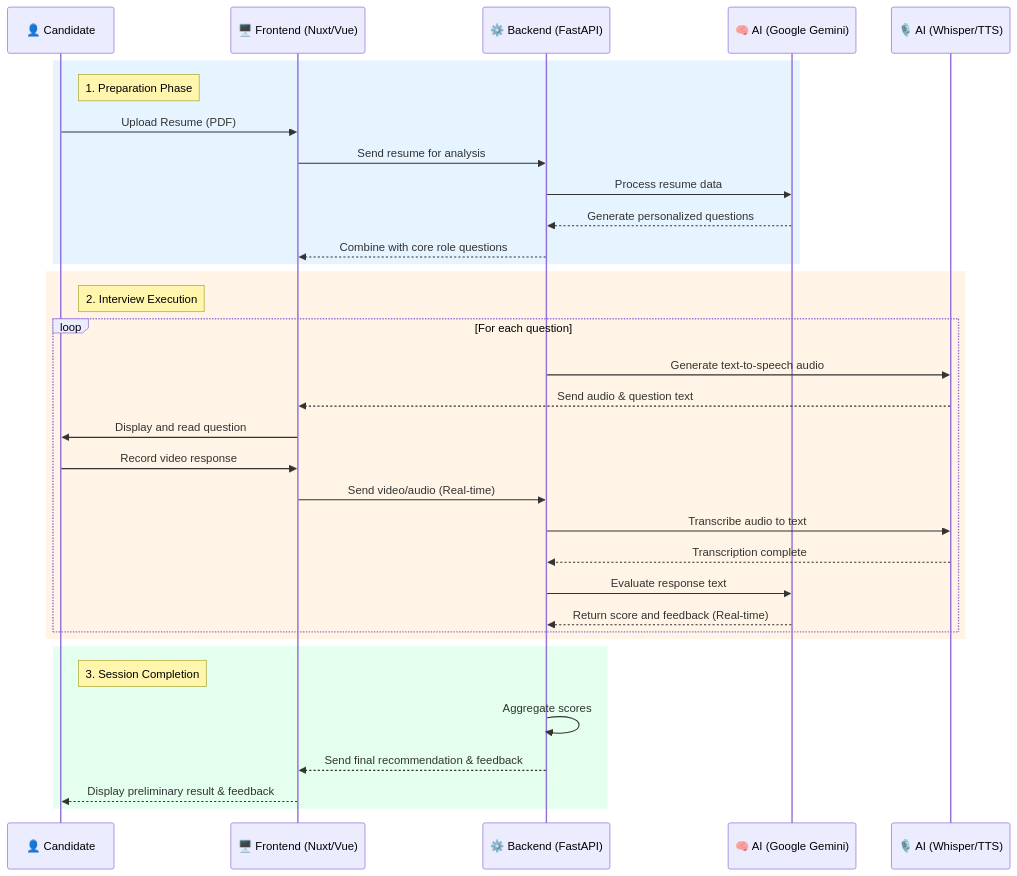
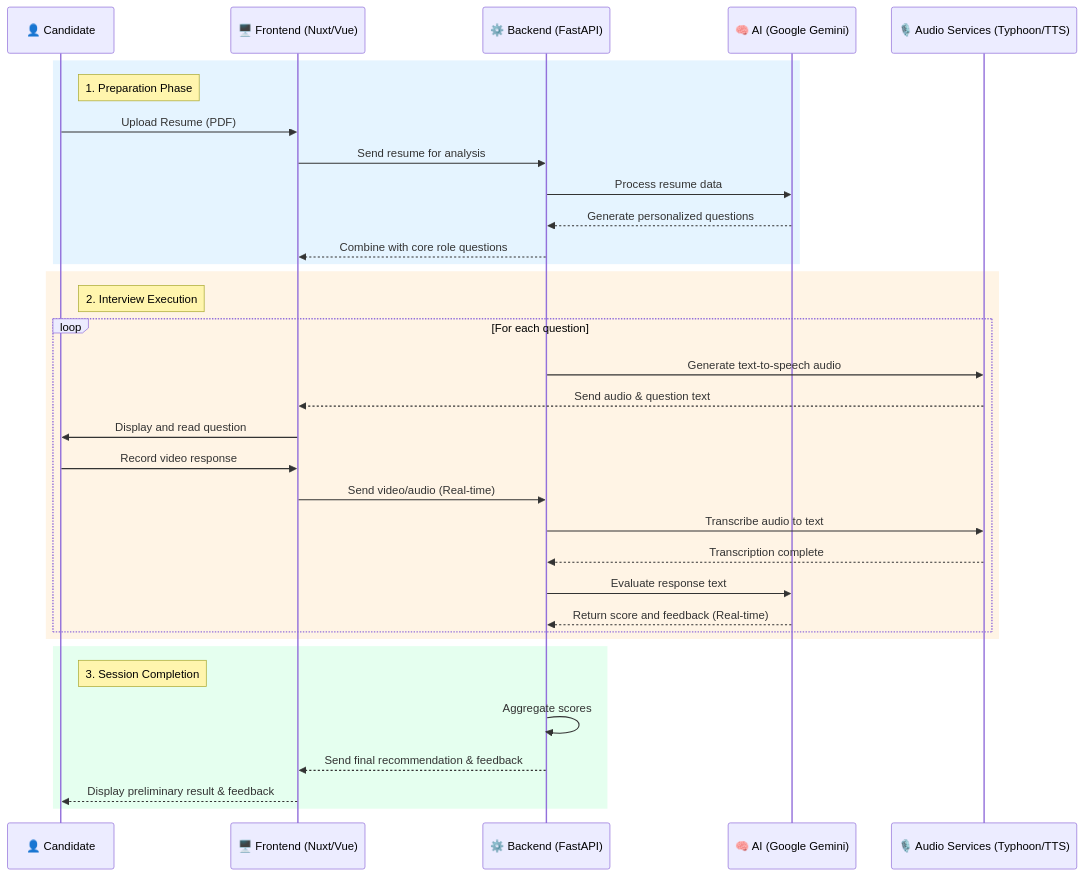
One commit to folknawatt/ai-interview changed the diagram in README.md. Above: the diagram before and after it, drawn with Mermaid. The commit also changed other lines of this file and 2 other files, not shown here.

Commit message:
Change Whisper to be  Typhoon and Vachana

````diff
--- a/README.md
+++ b/README.md
@@ -63,42 +63,42 @@
 ```mermaid
 sequenceDiagram
     participant Candidate as 👤 Candidate
     participant Frontend as 🖥️ Frontend (Nuxt/Vue)
     participant Backend as ⚙️ Backend (FastAPI)
     participant AI_Gemini as 🧠 AI (Google Gemini)
-    participant AI_Whisper as 🎙️ AI (Whisper/TTS)
+    participant AI_Audio as 🎙️ Audio Services (Typhoon/TTS)
 
     %% 1. Preparation Phase
     rect rgba(0, 150, 255, 0.1)
         note right of Candidate: 1. Preparation Phase
         Candidate->>Frontend: Upload Resume (PDF)
         Frontend->>Backend: Send resume for analysis
         Backend->>AI_Gemini: Process resume data
         AI_Gemini-->>Backend: Generate personalized questions
         Backend-->>Frontend: Combine with core role questions
     end
 
     %% 2. Interview Execution Phase
     rect rgba(255, 150, 0, 0.1)
         note right of Candidate: 2. Interview Execution
         loop For each question
-            Backend->>AI_Whisper: Generate text-to-speech audio
-            AI_Whisper-->>Frontend: Send audio & question text
+            Backend->>AI_Audio: Generate text-to-speech audio
+            AI_Audio-->>Frontend: Send audio & question text
             Frontend->>Candidate: Display and read question
             Candidate->>Frontend: Record video response
             Frontend->>Backend: Send video/audio (Real-time)
-            Backend->>AI_Whisper: Transcribe audio to text
-            AI_Whisper-->>Backend: Transcription complete
+            Backend->>AI_Audio: Transcribe audio to text
+            AI_Audio-->>Backend: Transcription complete
             Backend->>AI_Gemini: Evaluate response text
             AI_Gemini-->>Backend: Return score and feedback (Real-time)
         end
     end
 
     %% 3. Session Completion
     rect rgba(0, 255, 100, 0.1)
         note right of Candidate: 3. Session Completion
         Backend->>Backend: Aggregate scores
         Backend-->>Frontend: Send final recommendation & feedback
         Frontend-->>Candidate: Display preliminary result & feedback
     end
 ```
````
